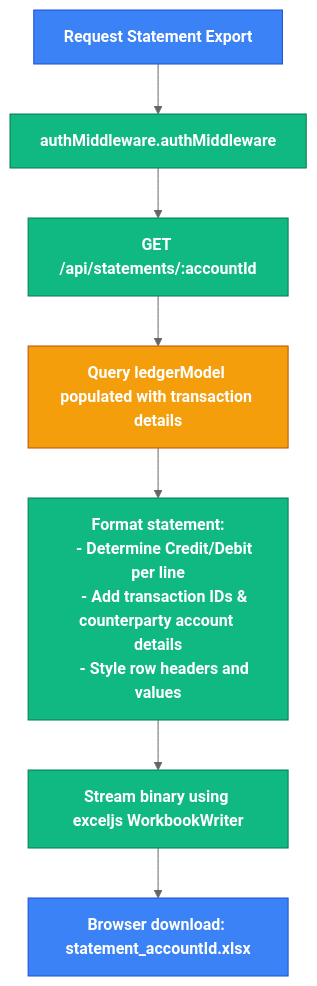
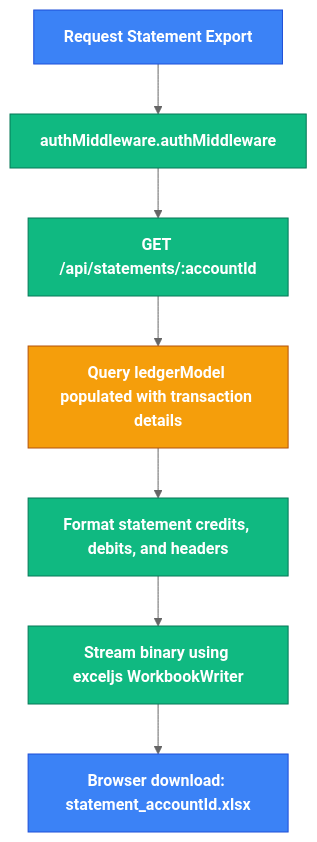
Before and after one commit to nihar5776/Banking-System: the fourth of 5 diagrams in README.md, drawn with Mermaid (neutral theme). The commit also changed other lines of this file and 7 other files, not shown here.

Commit message:
fix mermaid diagram parsing errors in README.md

````diff
--- a/README.md
+++ b/README.md
@@ -298,18 +295,15 @@
 ```mermaid
 graph TD
     classDef client fill:#3b82f6,stroke:#1d4ed8,color:#fff,font-weight:bold;
     classDef server fill:#10b981,stroke:#047857,color:#fff,font-weight:bold;
     classDef db fill:#f59e0b,stroke:#b45309,color:#fff,font-weight:bold;
     
     Start["Request Statement Export"] --> Guard["authMiddleware.authMiddleware"]:::server
     Guard --> GET_Statement["GET /api/statements/:accountId"]:::server
     GET_Statement --> QueryLedger["Query ledgerModel populated with transaction details"]:::db
-    QueryLedger --> FormatRows["Format statement:
-    - Determine Credit/Debit per line
-    - Add transaction IDs & counterparty account details
-    - Style row headers and values"]:::server
+    QueryLedger --> FormatRows["Format statement credits, debits, and headers"]:::server
     FormatRows --> StreamExcel["Stream binary using exceljs WorkbookWriter"]:::server
     StreamExcel --> Download["Browser download: statement_accountId.xlsx"]:::client
 
     class Start,Download client;
 ```
````
